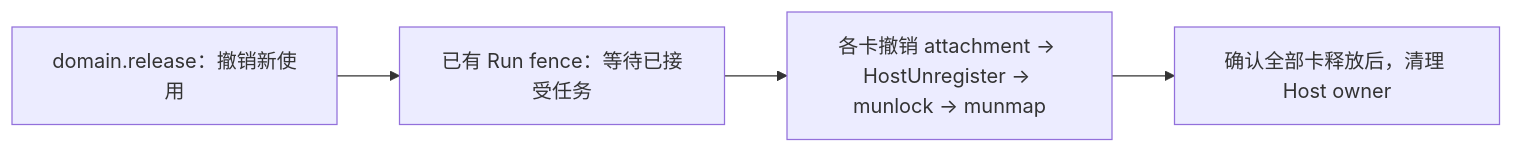
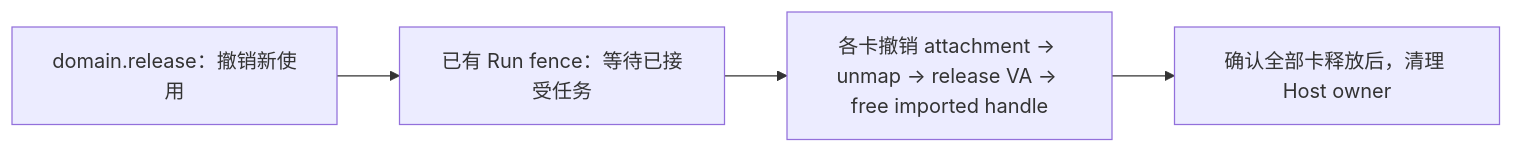
Before and after one commit to Leaf-Salix/simpler: the second of 3 diagrams in docs/zh-cn/a3-host-domain.md, drawn with Mermaid. The commit also changed other lines of this file and 16 other files, not shown here.

````diff
--- a/docs/zh-cn/a3-host-domain.md
+++ b/docs/zh-cn/a3-host-domain.md
@@ -73,6 +73,6 @@
 ```mermaid
 flowchart LR
   R["domain.release：撤销新使用"] --> F["已有 Run fence：等待已接受任务"]
-  F --> U["各卡撤销 attachment → HostUnregister → munlock → munmap"]
+  F --> U["各卡撤销 attachment → unmap → release VA → free imported handle"]
   U --> H["确认全部卡释放后，清理 Host owner"]
 ```
````
